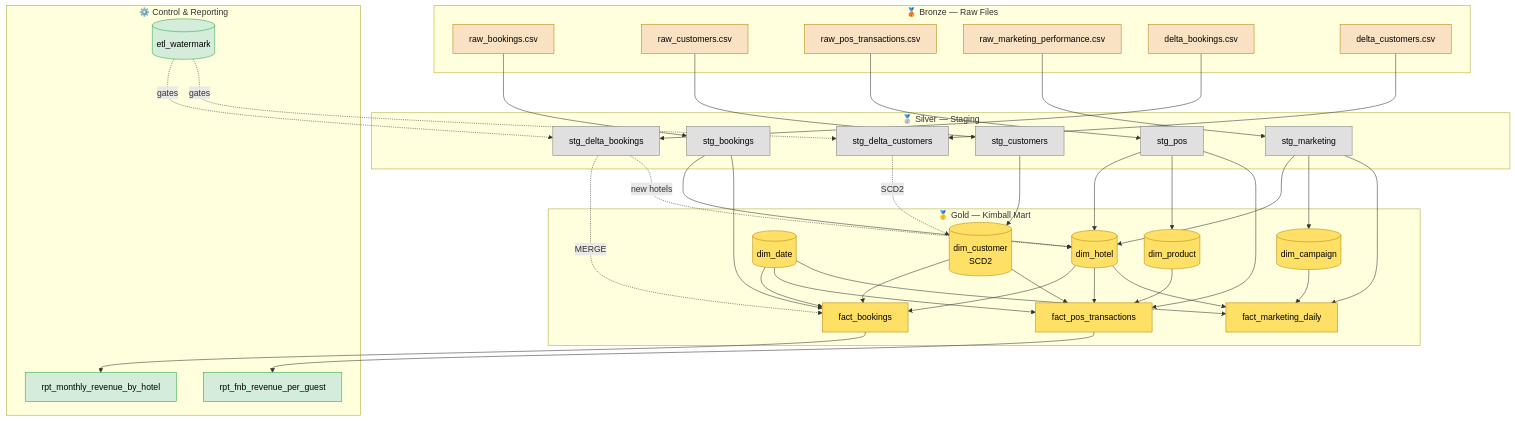
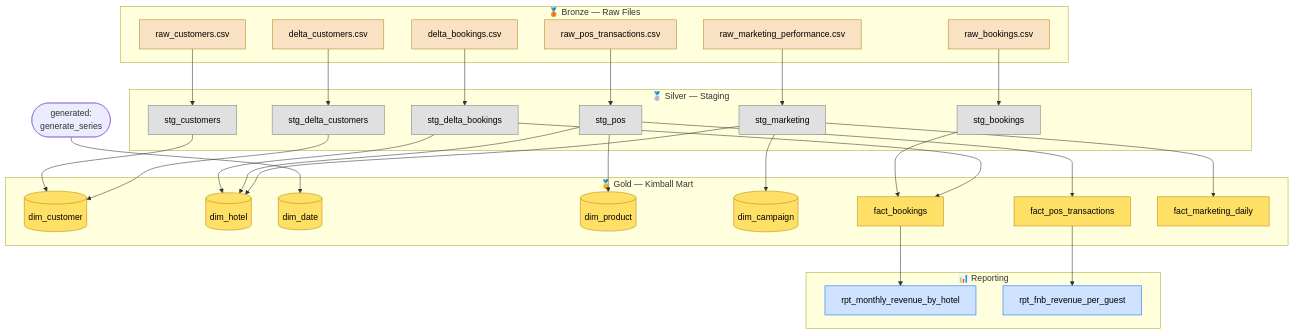
The diagram in README.md (farizrha/heyrcg-assignment), drawn with Mermaid before and after one commit. The commit also changed other lines of this file, not shown here.

````diff
--- a/README.md
+++ b/README.md
@@ -73,7 +78,7 @@
     end
 
     subgraph Gold["🥇 Gold — Kimball Mart"]
-        DCUST[(dim_customer<br/>SCD2)]
+        DCUST[(dim_customer)]
         DHOT[(dim_hotel)]
         DDATE[(dim_date)]
         DPROD[(dim_product)]
@@ -83,13 +88,12 @@
         FM[fact_marketing_daily]
     end
 
-    subgraph Control["⚙️ Control & Reporting"]
-        WM[(etl_watermark)]
+    subgraph Views["📊 Reporting"]
         V1[rpt_monthly_revenue_by_hotel]
         V2[rpt_fnb_revenue_per_guest]
     end
 
-    %% Bronze to Silver
+    %% Bronze → Silver
     RB --> SB
     RC --> SC
     RP --> SP
@@ -97,53 +101,35 @@
     DB --> SDB
     DC --> SDC
 
-    %% Silver to Dimensions (initial load)
-    SC --> DCUST
-    SB --> DHOT
-    SP --> DHOT
-    SM --> DHOT
-    SP --> DPROD
-    SM --> DCAMP
+    %% Silver → Dimensions
+    SC  --> DCUST
+    SDB --> DHOT
+    SP  --> DHOT
+    SM  --> DHOT
+    SP  --> DPROD
+    SM  --> DCAMP
+    SDC --> DCUST
 
-    %% Silver to Facts (initial load)
-    SB --> FB
-    SP --> FP
-    SM --> FM
+    %% Silver → Facts
+    SB  --> FB
+    SDB --> FB
+    SP  --> FP
+    SM  --> FM
 
-    %% Delta paths
-    SDB -. MERGE .-> FB
-    SDC -. SCD2 .-> DCUST
-    SDB -. new hotels .-> DHOT
-
-    %% Fact to Dimension joins
-    DCUST --> FB
-    DHOT  --> FB
-    DDATE --> FB
-
-    DCUST --> FP
-    DHOT  --> FP
-    DPROD --> FP
-    DDATE --> FP
-
-    DCAMP --> FM
-    DHOT  --> FM
-    DDATE --> FM
-
-    %% Watermark gates the deltas
-    WM -. gates .-> SDB
-    WM -. gates .-> SDC
-
-    %% Fact to Views
+    %% Facts → Views
     FB --> V1
     FP --> V2
+
+    %% dim_date is generated, not loaded from a source
+    GEN([generated:<br/>generate_series]) --> DDATE
 
     classDef bronze fill:#f9e2c4,stroke:#b8860b,color:#000
     classDef silver fill:#e0e0e0,stroke:#808080,color:#000
     classDef gold fill:#ffe066,stroke:#b8860b,color:#000
-    classDef control fill:#d4edda,stroke:#28a745,color:#000
+    classDef views fill:#cfe2ff,stroke:#0d6efd,color:#000
 
     class RB,RC,RP,RM,DB,DC bronze
     class SB,SC,SP,SM,SDB,SDC silver
     class DCUST,DHOT,DDATE,DPROD,DCAMP,FB,FP,FM gold
-    class WM,V1,V2 control
+    class V1,V2 views
 ```
````
